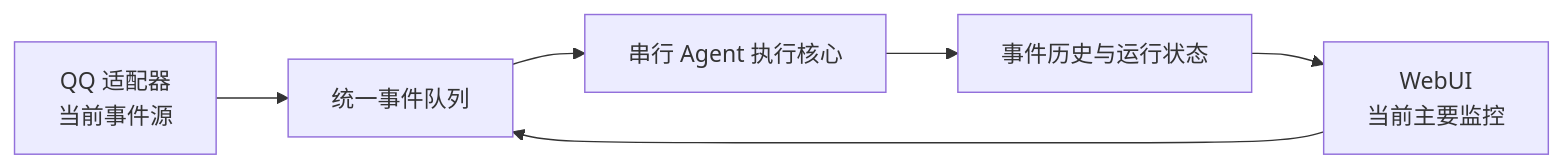
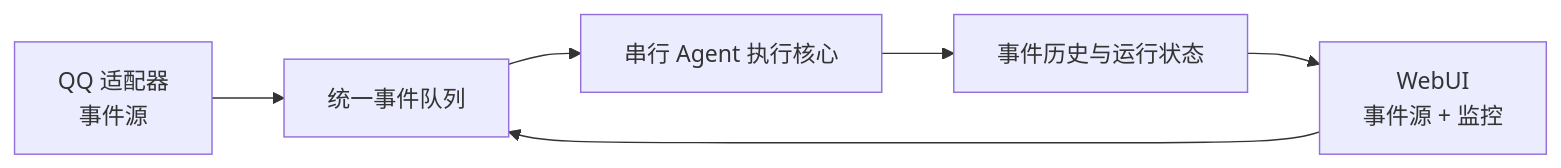
The second of 2 diagrams in docs/00-设计哲学.md (g-Ironfox/AAgent), drawn with Mermaid before and after one commit. The commit also changed other lines of this file and 13 other files, not shown here.

````diff
--- a/docs/00-设计哲学.md
+++ b/docs/00-设计哲学.md
@@ -111,8 +111,8 @@
 ```mermaid
 flowchart LR
-    QQ["QQ 适配器<br/>当前事件源"] --> Q["统一事件队列"]
-    WEB["WebUI<br/>当前主要监控"] --> Q
+    QQ["QQ 适配器<br/>事件源"] --> Q["统一事件队列"]
+    WEB["WebUI<br/>事件源 + 监控"] --> Q
     Q --> CORE["串行 Agent 执行核心"]
     CORE --> HISTORY["事件历史与运行状态"]
     HISTORY --> WEB
 ```
````
